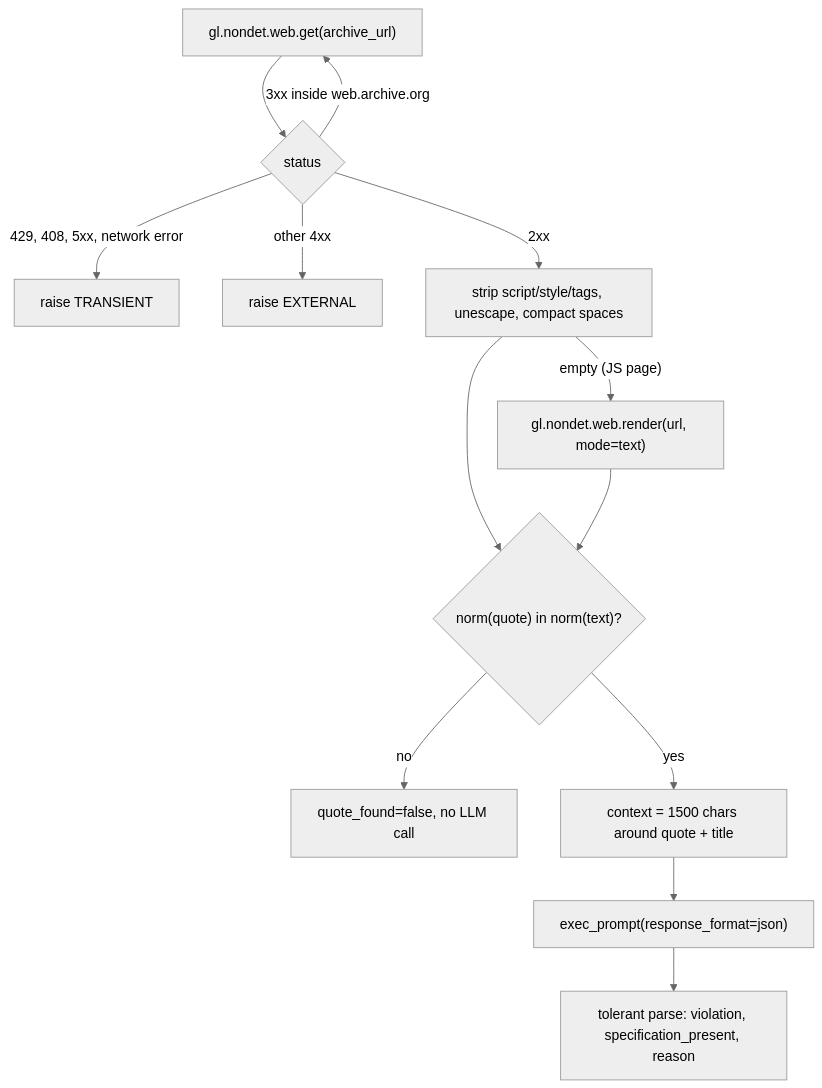
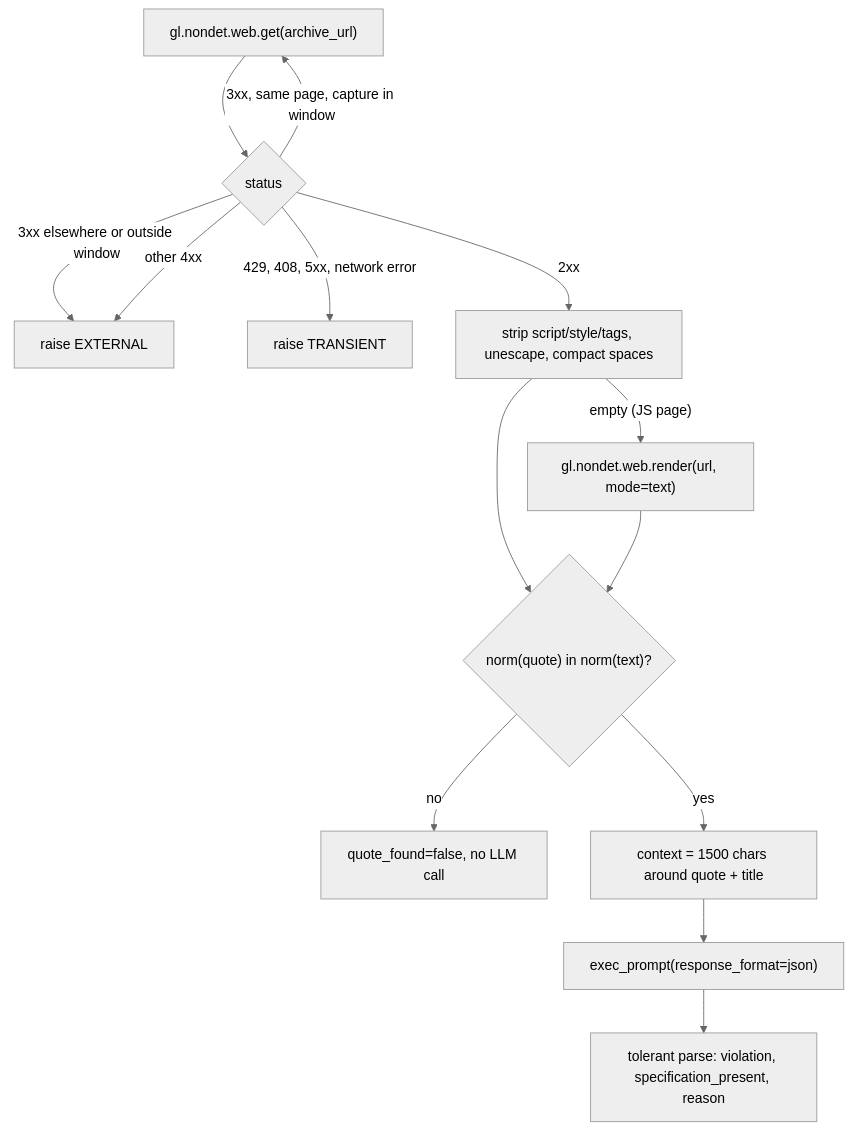
Before and after one commit to Mcurly17/greenclaim-bond: the first of 2 diagrams in ARCHITECTURE.md, drawn with Mermaid (neutral theme). The commit also changed other lines of this file and 4 other files, not shown here.

````diff
--- a/ARCHITECTURE.md
+++ b/ARCHITECTURE.md
@@ -46,15 +52,16 @@
 ```mermaid
 flowchart TD
   fetch["gl.nondet.web.get(archive_url)"] --> status{"status"}
-  status -->|"3xx inside web.archive.org"| fetch
+  status -->|"3xx, same page, capture in window"| fetch
+  status -->|"3xx elsewhere or outside window"| external
   status -->|"429, 408, 5xx, network error"| transient["raise TRANSIENT"]
   status -->|"other 4xx"| external["raise EXTERNAL"]
   status -->|"2xx"| text["strip script/style/tags, unescape, compact spaces"]
   text -->|"empty (JS page)"| render["gl.nondet.web.render(url, mode=text)"]
   text --> match{"norm(quote) in norm(text)?"}
   render --> match
   match -->|"no"| notFound["quote_found=false, no LLM call"]
   match -->|"yes"| prompt["context = 1500 chars around quote + title"]
   prompt --> llm["exec_prompt(response_format=json)"]
   llm --> parse["tolerant parse: violation, specification_present, reason"]
 ```
````
